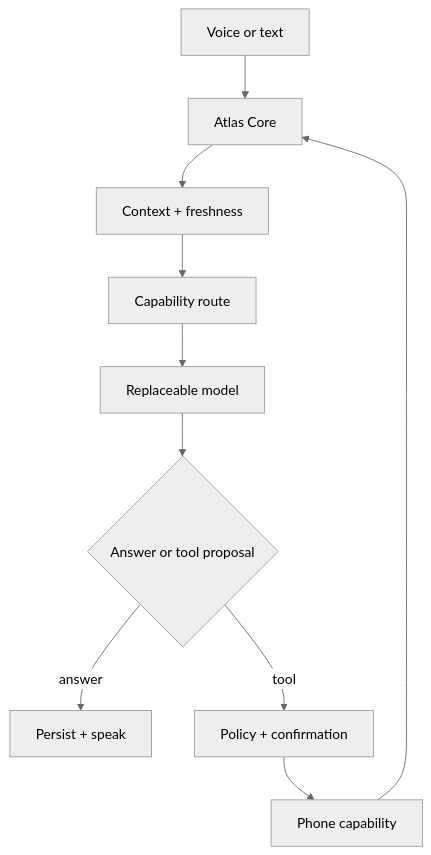
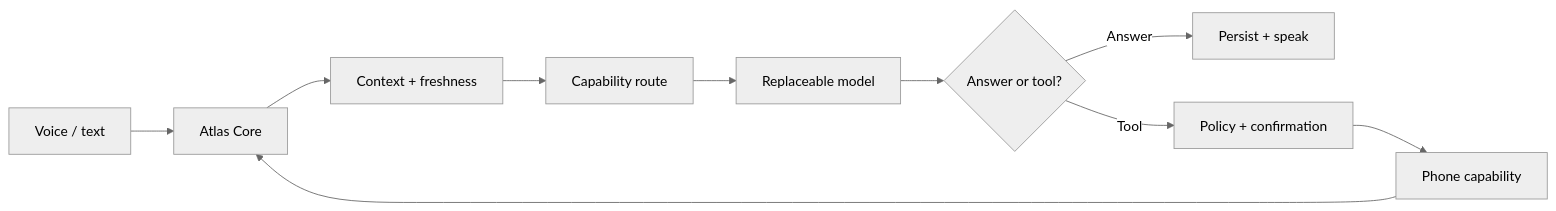
One commit to SEsquieu/atlas changed the diagram in README.md. Above: the diagram before and after it, drawn with Mermaid (neutral theme). The commit also changed other lines of this file, not shown here.

````diff
--- a/README.md
+++ b/README.md
@@ -66,12 +77,12 @@
 ```mermaid
-flowchart TD
-    Input["Voice or text"] --> Core["Atlas Core"]
-    Core --> Context["Context + freshness"]
-    Context --> Route["Capability route"]
-    Route --> Model["Replaceable model"]
-    Model --> Decision{"Answer or tool proposal"}
-    Decision -->|answer| Delivery["Persist + speak"]
-    Decision -->|tool| Policy["Policy + confirmation"]
-    Policy --> Device["Phone capability"]
-    Device --> Core
+flowchart LR
+    A[Voice / text] --> B[Atlas Core]
+    B --> C[Context + freshness]
+    C --> D[Capability route]
+    D --> E[Replaceable model]
+    E --> F{Answer or tool?}
+    F -->|Answer| G[Persist + speak]
+    F -->|Tool| H[Policy + confirmation]
+    H --> I[Phone capability]
+    I --> B
 ```
````
